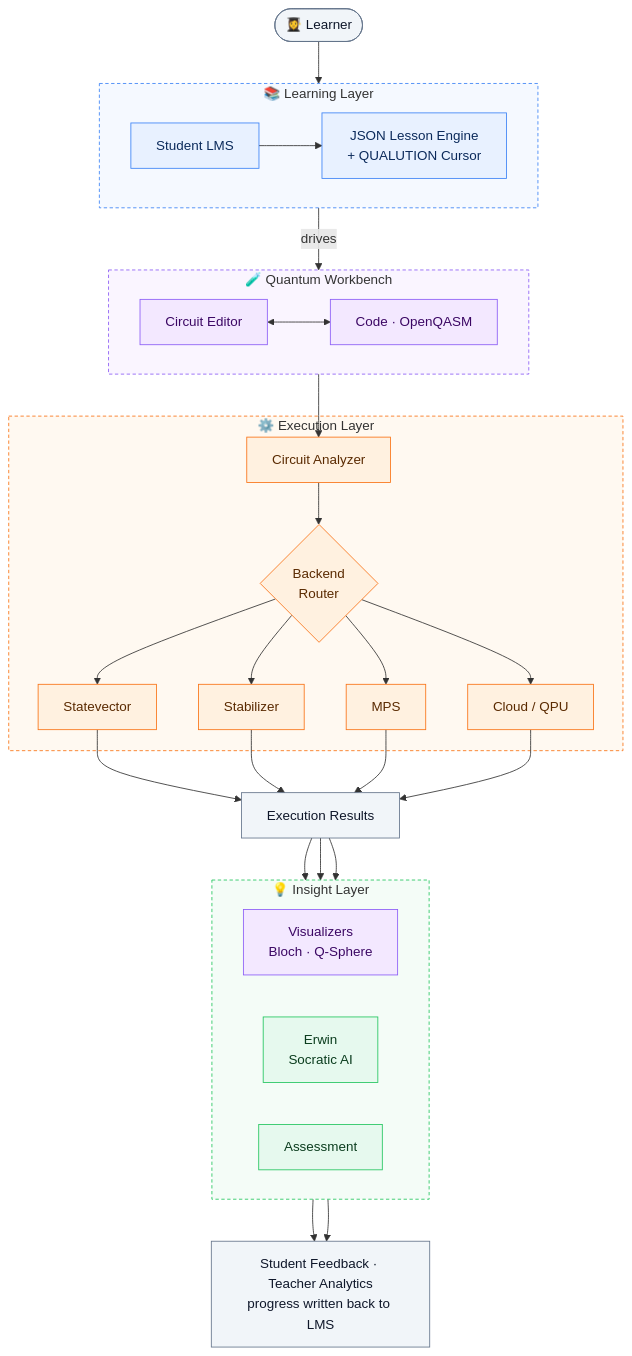
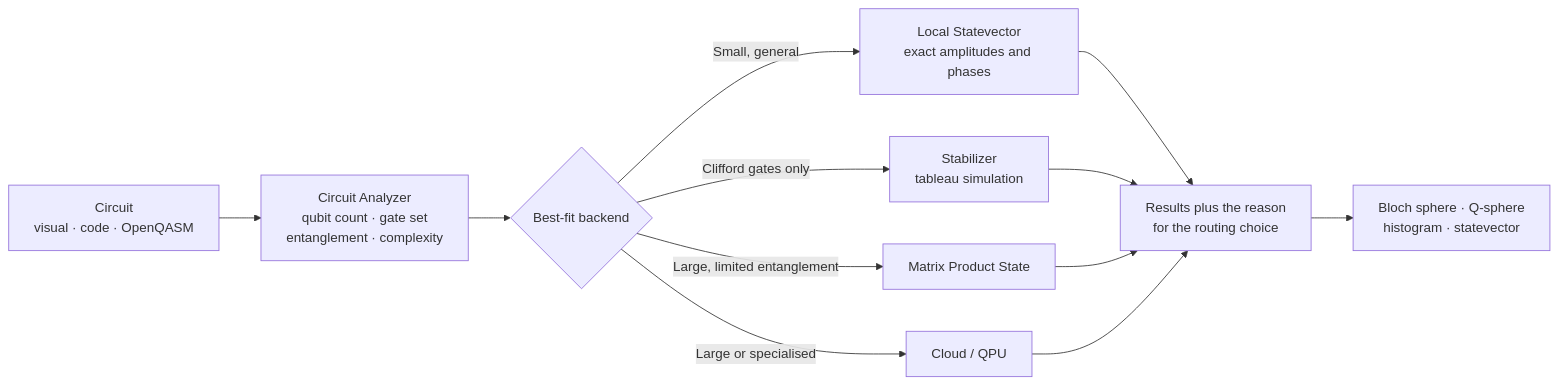
Before and after one commit to aaruhyakumar2006/Qualution-: the fourth of 7 diagrams in README.md, drawn with Mermaid. The commit also changed other lines of this file, not shown here.

````diff
--- a/README.md
+++ b/README.md
@@ -180,50 +287,14 @@
 ```mermaid
-flowchart TB
-    L(["👩‍🎓 Learner"]):::io
-
-    subgraph LEARN["📚 Learning Layer"]
-        direction LR
-        LMS["Student LMS"]:::learn --> LES["JSON Lesson Engine<br/>+ QUALUTION Cursor"]:::learn
-    end
-
-    subgraph WB["🧪 Quantum Workbench"]
-        direction LR
-        ED["Circuit Editor"]:::work <--> CODE["Code · OpenQASM"]:::work
-    end
-
-    subgraph EXEC["⚙️ Execution Layer"]
-        AN["Circuit Analyzer"]:::exec --> R{"Backend<br/>Router"}:::exec
-        R --> SV["Statevector"]:::exec
-        R --> ST["Stabilizer"]:::exec
-        R --> MPS["MPS"]:::exec
-        R --> CL["Cloud / QPU"]:::exec
-    end
-
-    RES["Execution Results"]:::io
-
-    subgraph INSIGHT["💡 Insight Layer"]
-        direction LR
-        VIZ["Visualizers<br/>Bloch · Q-Sphere"]:::work
-        ER["Erwin<br/>Socratic AI"]:::ai
-        AS["Assessment"]:::ai
-    end
-
-    FB["Student Feedback · Teacher Analytics<br/>progress written back to LMS"]:::io
-
-    L --> LEARN
-    LEARN -- "drives" --> WB
-    WB --> AN
-    SV & ST & MPS & CL --> RES
-    RES --> VIZ & ER & AS
-    ER & AS --> FB
-
-    classDef learn fill:#E8F1FF,stroke:#3B82F6,color:#0B2A5B
-    classDef work fill:#F3E8FF,stroke:#8B5CF6,color:#3B0764
-    classDef exec fill:#FFF1E0,stroke:#F97316,color:#5A2A00
-    classDef ai fill:#E6F9EE,stroke:#22C55E,color:#0B3D1E
-    classDef io fill:#F1F5F9,stroke:#64748B,color:#0F172A
-    style LEARN fill:#F5F9FF,stroke:#3B82F6,stroke-dasharray:4 3
-    style WB fill:#FAF5FF,stroke:#8B5CF6,stroke-dasharray:4 3
-    style EXEC fill:#FFF9F1,stroke:#F97316,stroke-dasharray:4 3
-    style INSIGHT fill:#F4FCF7,stroke:#22C55E,stroke-dasharray:4 3
+flowchart LR
+    C["Circuit<br/>visual · code · OpenQASM"] --> AN["Circuit Analyzer<br/>qubit count · gate set<br/>entanglement · complexity"]
+    AN --> R{"Best-fit backend"}
+    R -->|"Small, general"| SV["Local Statevector<br/>exact amplitudes and phases"]
+    R -->|"Clifford gates only"| ST["Stabilizer<br/>tableau simulation"]
+    R -->|"Large, limited entanglement"| MP["Matrix Product State"]
+    R -->|"Large or specialised"| CL["Cloud / QPU"]
+    SV --> RES["Results plus the reason<br/>for the routing choice"]
+    ST --> RES
+    MP --> RES
+    CL --> RES
+    RES --> VIZ["Bloch sphere · Q-sphere<br/>histogram · statevector"]
 ```
````
